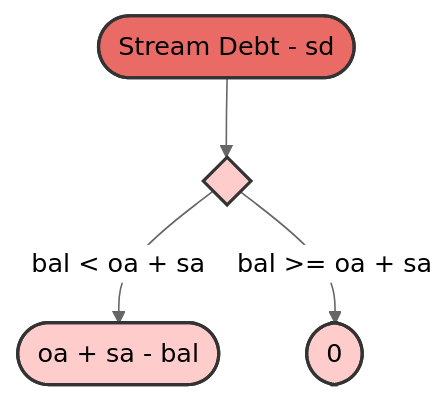
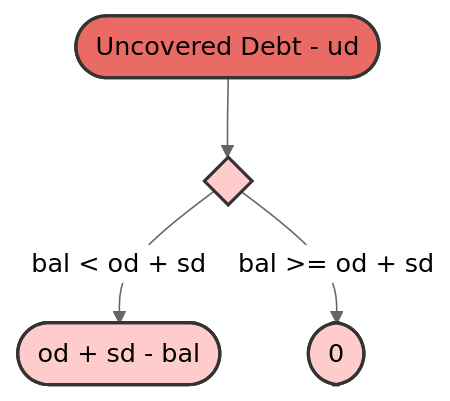
Before and after one commit to sablier-labs/flow: the eighth of 8 diagrams in diagrams.md, drawn with Mermaid (neutral theme). The commit also changed other lines of this file and 3 other files, not shown here.

Commit message:
docs: update README and diagrams

````diff
--- a/diagrams.md
+++ b/diagrams.md
@@ -235,15 +235,15 @@
 ```mermaid
 flowchart TD
     di0{ }:::red1
-    sd([Stream Debt - sd]):::red0
-    res_sd(["oa + sa - bal"]):::red1
+    sd([Uncovered Debt - ud]):::red0
+    res_sd(["od + sd - bal"]):::red1
     res_zero([0]):::red1
 
     sd --> di0
-    di0 -- "bal < oa + sa" --> res_sd
-    di0 -- "bal >= oa + sa" --> res_zero
+    di0 -- "bal < od + sd" --> res_sd
+    di0 -- "bal >= od + sd" --> res_zero
 
     classDef red0 fill:#EA6B66,stroke:#333,stroke-width:2px;
     classDef red1 fill:#FFCCCC,stroke:#333,stroke-width:2px;
 
 ```
````
